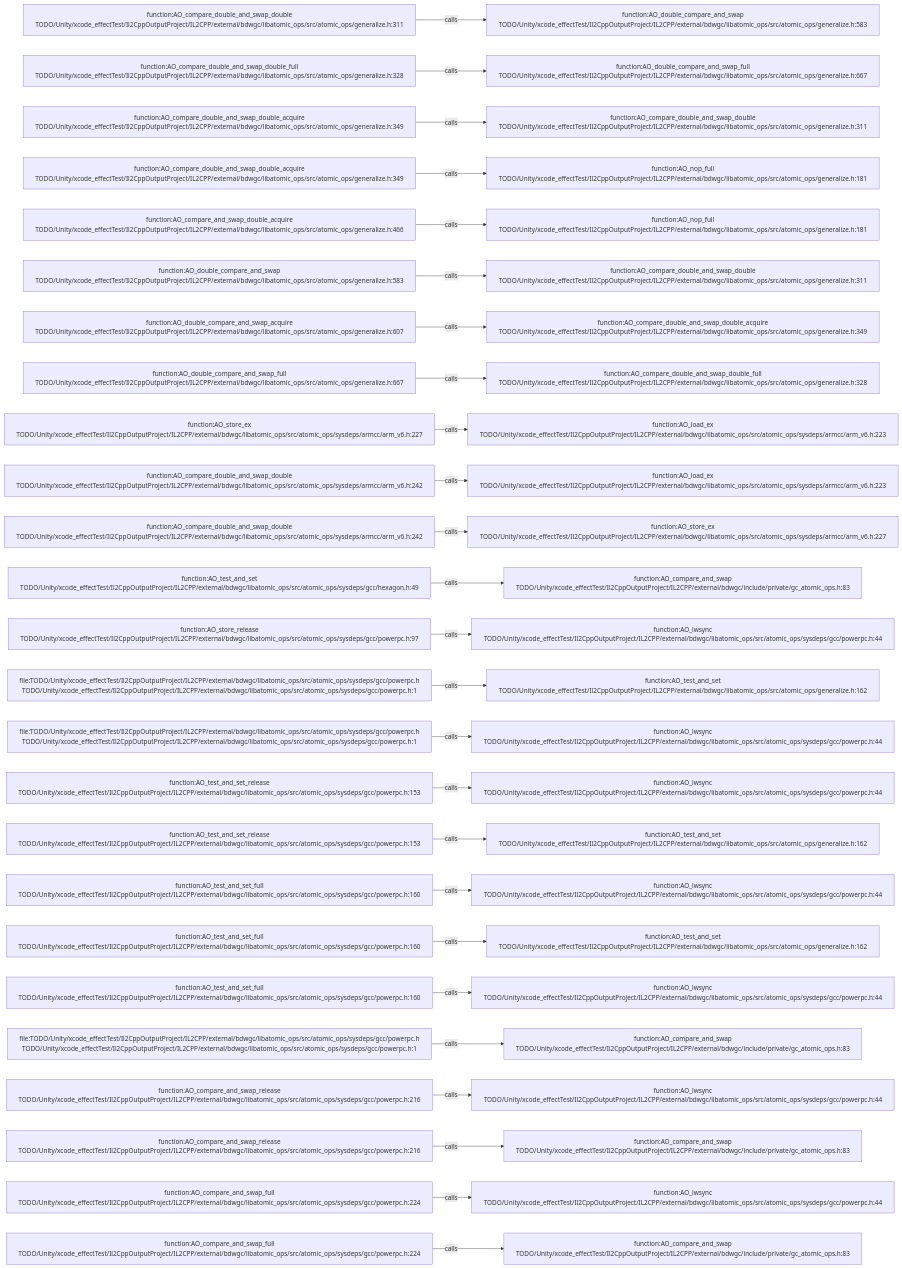
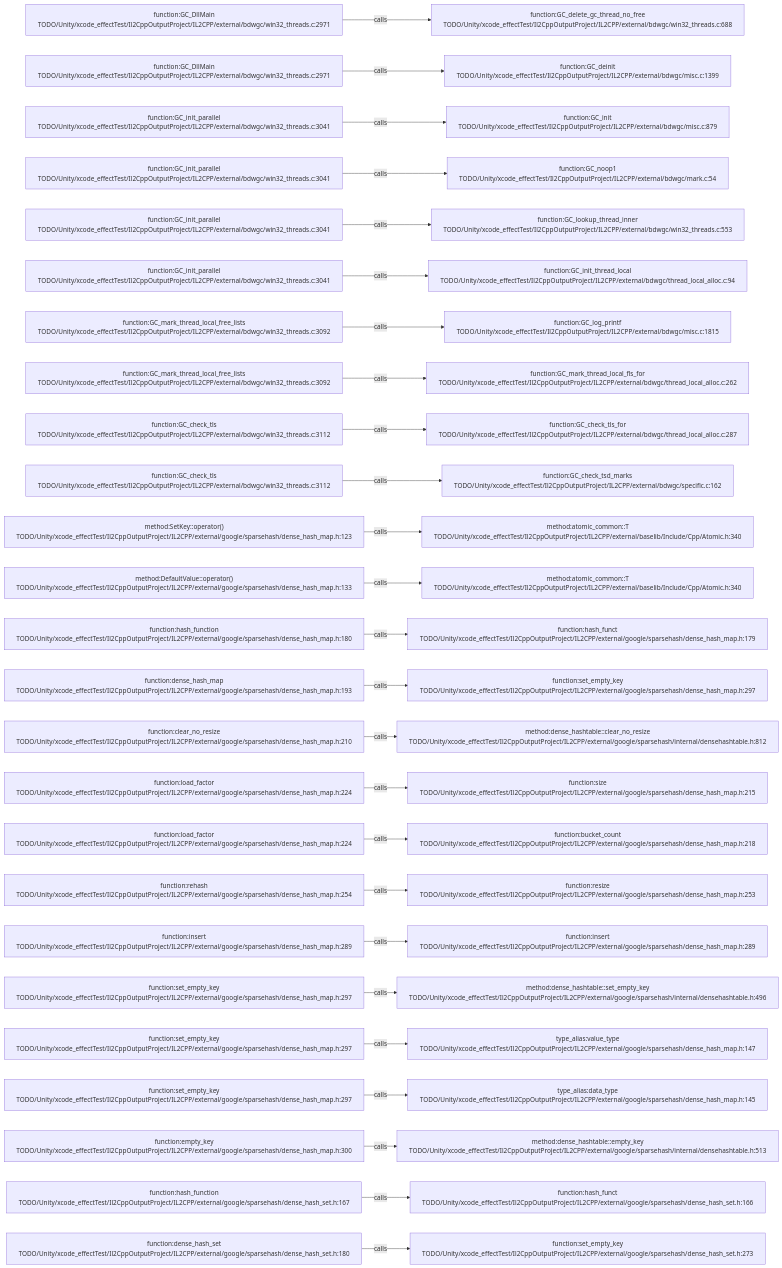
One commit to JobsKits/JobsSwiftBaseConfigDemo changed the diagram in .codegraph/codegraph.md/graphs/calls-190.md. Above: the diagram before and after it, drawn with Mermaid. The commit also changed 227 other files, not shown here.

````diff
--- a/.codegraph/codegraph.md/graphs/calls-190.md
+++ b/.codegraph/codegraph.md/graphs/calls-190.md
@@ -13,78 +13,78 @@
 ```mermaid
 flowchart LR
-  S1["function:AO_compare_double_and_swap_double<br/>TODO/Unity/xcode_effectTest/Il2CppOutputProject/IL2CPP/external/bdwgc/libatomic_ops/src/atomic_ops/generalize.h:311"]
-  T1["function:AO_double_compare_and_swap<br/>TODO/Unity/xcode_effectTest/Il2CppOutputProject/IL2CPP/external/bdwgc/libatomic_ops/src/atomic_ops/generalize.h:583"]
+  S1["function:GC_DllMain<br/>TODO/Unity/xcode_effectTest/Il2CppOutputProject/IL2CPP/external/bdwgc/win32_threads.c:2971"]
+  T1["function:GC_delete_gc_thread_no_free<br/>TODO/Unity/xcode_effectTest/Il2CppOutputProject/IL2CPP/external/bdwgc/win32_threads.c:688"]
   S1 -->|calls| T1
-  S2["function:AO_compare_double_and_swap_double_full<br/>TODO/Unity/xcode_effectTest/Il2CppOutputProject/IL2CPP/external/bdwgc/libatomic_ops/src/atomic_ops/generalize.h:328"]
-  T2["function:AO_double_compare_and_swap_full<br/>TODO/Unity/xcode_effectTest/Il2CppOutputProject/IL2CPP/external/bdwgc/libatomic_ops/src/atomic_ops/generalize.h:667"]
+  S2["function:GC_DllMain<br/>TODO/Unity/xcode_effectTest/Il2CppOutputProject/IL2CPP/external/bdwgc/win32_threads.c:2971"]
+  T2["function:GC_deinit<br/>TODO/Unity/xcode_effectTest/Il2CppOutputProject/IL2CPP/external/bdwgc/misc.c:1399"]
   S2 -->|calls| T2
-  S3["function:AO_compare_double_and_swap_double_acquire<br/>TODO/Unity/xcode_effectTest/Il2CppOutputProject/IL2CPP/external/bdwgc/libatomic_ops/src/atomic_ops/generalize.h:349"]
-  T3["function:AO_compare_double_and_swap_double<br/>TODO/Unity/xcode_effectTest/Il2CppOutputProject/IL2CPP/external/bdwgc/libatomic_ops/src/atomic_ops/generalize.h:311"]
+  S3["function:GC_init_parallel<br/>TODO/Unity/xcode_effectTest/Il2CppOutputProject/IL2CPP/external/bdwgc/win32_threads.c:3041"]
+  T3["function:GC_init<br/>TODO/Unity/xcode_effectTest/Il2CppOutputProject/IL2CPP/external/bdwgc/misc.c:879"]
   S3 -->|calls| T3
-  S4["function:AO_compare_double_and_swap_double_acquire<br/>TODO/Unity/xcode_effectTest/Il2CppOutputProject/IL2CPP/external/bdwgc/libatomic_ops/src/atomic_ops/generalize.h:349"]
-  T4["function:AO_nop_full<br/>TODO/Unity/xcode_effectTest/Il2CppOutputProject/IL2CPP/external/bdwgc/libatomic_ops/src/atomic_ops/generalize.h:181"]
+  S4["function:GC_init_parallel<br/>TODO/Unity/xcode_effectTest/Il2CppOutputProject/IL2CPP/external/bdwgc/win32_threads.c:3041"]
+  T4["function:GC_noop1<br/>TODO/Unity/xcode_effectTest/Il2CppOutputProject/IL2CPP/external/bdwgc/mark.c:54"]
   S4 -->|calls| T4
-  S5["function:AO_compare_and_swap_double_acquire<br/>TODO/Unity/xcode_effectTest/Il2CppOutputProject/IL2CPP/external/bdwgc/libatomic_ops/src/atomic_ops/generalize.h:466"]
-  T5["function:AO_nop_full<br/>TODO/Unity/xcode_effectTest/Il2CppOutputProject/IL2CPP/external/bdwgc/libatomic_ops/src/atomic_ops/generalize.h:181"]
+  S5["function:GC_init_parallel<br/>TODO/Unity/xcode_effectTest/Il2CppOutputProject/IL2CPP/external/bdwgc/win32_threads.c:3041"]
+  T5["function:GC_lookup_thread_inner<br/>TODO/Unity/xcode_effectTest/Il2CppOutputProject/IL2CPP/external/bdwgc/win32_threads.c:553"]
   S5 -->|calls| T5
-  S6["function:AO_double_compare_and_swap<br/>TODO/Unity/xcode_effectTest/Il2CppOutputProject/IL2CPP/external/bdwgc/libatomic_ops/src/atomic_ops/generalize.h:583"]
-  T6["function:AO_compare_double_and_swap_double<br/>TODO/Unity/xcode_effectTest/Il2CppOutputProject/IL2CPP/external/bdwgc/libatomic_ops/src/atomic_ops/generalize.h:311"]
+  S6["function:GC_init_parallel<br/>TODO/Unity/xcode_effectTest/Il2CppOutputProject/IL2CPP/external/bdwgc/win32_threads.c:3041"]
+  T6["function:GC_init_thread_local<br/>TODO/Unity/xcode_effectTest/Il2CppOutputProject/IL2CPP/external/bdwgc/thread_local_alloc.c:94"]
   S6 -->|calls| T6
-  S7["function:AO_double_compare_and_swap_acquire<br/>TODO/Unity/xcode_effectTest/Il2CppOutputProject/IL2CPP/external/bdwgc/libatomic_ops/src/atomic_ops/generalize.h:607"]
-  T7["function:AO_compare_double_and_swap_double_acquire<br/>TODO/Unity/xcode_effectTest/Il2CppOutputProject/IL2CPP/external/bdwgc/libatomic_ops/src/atomic_ops/generalize.h:349"]
+  S7["function:GC_mark_thread_local_free_lists<br/>TODO/Unity/xcode_effectTest/Il2CppOutputProject/IL2CPP/external/bdwgc/win32_threads.c:3092"]
+  T7["function:GC_log_printf<br/>TODO/Unity/xcode_effectTest/Il2CppOutputProject/IL2CPP/external/bdwgc/misc.c:1815"]
   S7 -->|calls| T7
-  S8["function:AO_double_compare_and_swap_full<br/>TODO/Unity/xcode_effectTest/Il2CppOutputProject/IL2CPP/external/bdwgc/libatomic_ops/src/atomic_ops/generalize.h:667"]
-  T8["function:AO_compare_double_and_swap_double_full<br/>TODO/Unity/xcode_effectTest/Il2CppOutputProject/IL2CPP/external/bdwgc/libatomic_ops/src/atomic_ops/generalize.h:328"]
+  S8["function:GC_mark_thread_local_free_lists<br/>TODO/Unity/xcode_effectTest/Il2CppOutputProject/IL2CPP/external/bdwgc/win32_threads.c:3092"]
+  T8["function:GC_mark_thread_local_fls_for<br/>TODO/Unity/xcode_effectTest/Il2CppOutputProject/IL2CPP/external/bdwgc/thread_local_alloc.c:262"]
   S8 -->|calls| T8
-  S9["function:AO_store_ex<br/>TODO/Unity/xcode_effectTest/Il2CppOutputProject/IL2CPP/external/bdwgc/libatomic_ops/src/atomic_ops/sysdeps/armcc/arm_v6.h:227"]
-  T9["function:AO_load_ex<br/>TODO/Unity/xcode_effectTest/Il2CppOutputProject/IL2CPP/external/bdwgc/libatomic_ops/src/atomic_ops/sysdeps/armcc/arm_v6.h:223"]
+  S9["function:GC_check_tls<br/>TODO/Unity/xcode_effectTest/Il2CppOutputProject/IL2CPP/external/bdwgc/win32_threads.c:3112"]
+  T9["function:GC_check_tls_for<br/>TODO/Unity/xcode_effectTest/Il2CppOutputProject/IL2CPP/external/bdwgc/thread_local_alloc.c:287"]
   S9 -->|calls| T9
-  S10["function:AO_compare_double_and_swap_double<br/>TODO/Unity/xcode_effectTest/Il2CppOutputProject/IL2CPP/external/bdwgc/libatomic_ops/src/atomic_ops/sysdeps/armcc/arm_v6.h:242"]
-  T10["function:AO_load_ex<br/>TODO/Unity/xcode_effectTest/Il2CppOutputProject/IL2CPP/external/bdwgc/libatomic_ops/src/atomic_ops/sysdeps/armcc/arm_v6.h:223"]
+  S10["function:GC_check_tls<br/>TODO/Unity/xcode_effectTest/Il2CppOutputProject/IL2CPP/external/bdwgc/win32_threads.c:3112"]
+  T10["function:GC_check_tsd_marks<br/>TODO/Unity/xcode_effectTest/Il2CppOutputProject/IL2CPP/external/bdwgc/specific.c:162"]
   S10 -->|calls| T10
-  S11["function:AO_compare_double_and_swap_double<br/>TODO/Unity/xcode_effectTest/Il2CppOutputProject/IL2CPP/external/bdwgc/libatomic_ops/src/atomic_ops/sysdeps/armcc/arm_v6.h:242"]
-  T11["function:AO_store_ex<br/>TODO/Unity/xcode_effectTest/Il2CppOutputProject/IL2CPP/external/bdwgc/libatomic_ops/src/atomic_ops/sysdeps/armcc/arm_v6.h:227"]
+  S11["method:SetKey::operator()<br/>TODO/Unity/xcode_effectTest/Il2CppOutputProject/IL2CPP/external/google/sparsehash/dense_hash_map.h:123"]
+  T11["method:atomic_common::T<br/>TODO/Unity/xcode_effectTest/Il2CppOutputProject/IL2CPP/external/baselib/Include/Cpp/Atomic.h:340"]
   S11 -->|calls| T11
-  S12["function:AO_test_and_set<br/>TODO/Unity/xcode_effectTest/Il2CppOutputProject/IL2CPP/external/bdwgc/libatomic_ops/src/atomic_ops/sysdeps/gcc/hexagon.h:49"]
-  T12["function:AO_compare_and_swap<br/>TODO/Unity/xcode_effectTest/Il2CppOutputProject/IL2CPP/external/bdwgc/include/private/gc_atomic_ops.h:83"]
+  S12["method:DefaultValue::operator()<br/>TODO/Unity/xcode_effectTest/Il2CppOutputProject/IL2CPP/external/google/sparsehash/dense_hash_map.h:133"]
+  T12["method:atomic_common::T<br/>TODO/Unity/xcode_effectTest/Il2CppOutputProject/IL2CPP/external/baselib/Include/Cpp/Atomic.h:340"]
   S12 -->|calls| T12
-  S13["function:AO_store_release<br/>TODO/Unity/xcode_effectTest/Il2CppOutputProject/IL2CPP/external/bdwgc/libatomic_ops/src/atomic_ops/sysdeps/gcc/powerpc.h:97"]
-  T13["function:AO_lwsync<br/>TODO/Unity/xcode_effectTest/Il2CppOutputProject/IL2CPP/external/bdwgc/libatomic_ops/src/atomic_ops/sysdeps/gcc/powerpc.h:44"]
+  S13["function:hash_function<br/>TODO/Unity/xcode_effectTest/Il2CppOutputProject/IL2CPP/external/google/sparsehash/dense_hash_map.h:180"]
+  T13["function:hash_funct<br/>TODO/Unity/xcode_effectTest/Il2CppOutputProject/IL2CPP/external/google/sparsehash/dense_hash_map.h:179"]
   S13 -->|calls| T13
-  S14["file:TODO/Unity/xcode_effectTest/Il2CppOutputProject/IL2CPP/external/bdwgc/libatomic_ops/src/atomic_ops/sysdeps/gcc/powerpc.h<br/>TODO/Unity/xcode_effectTest/Il2CppOutputProject/IL2CPP/external/bdwgc/libatomic_ops/src/atomic_ops/sysdeps/gcc/powerpc.h:1"]
-  T14["function:AO_test_and_set<br/>TODO/Unity/xcode_effectTest/Il2CppOutputProject/IL2CPP/external/bdwgc/libatomic_ops/src/atomic_ops/generalize.h:162"]
+  S14["function:dense_hash_map<br/>TODO/Unity/xcode_effectTest/Il2CppOutputProject/IL2CPP/external/google/sparsehash/dense_hash_map.h:193"]
+  T14["function:set_empty_key<br/>TODO/Unity/xcode_effectTest/Il2CppOutputProject/IL2CPP/external/google/sparsehash/dense_hash_map.h:297"]
   S14 -->|calls| T14
-  S15["file:TODO/Unity/xcode_effectTest/Il2CppOutputProject/IL2CPP/external/bdwgc/libatomic_ops/src/atomic_ops/sysdeps/gcc/powerpc.h<br/>TODO/Unity/xcode_effectTest/Il2CppOutputProject/IL2CPP/external/bdwgc/libatomic_ops/src/atomic_ops/sysdeps/gcc/powerpc.h:1"]
-  T15["function:AO_lwsync<br/>TODO/Unity/xcode_effectTest/Il2CppOutputProject/IL2CPP/external/bdwgc/libatomic_ops/src/atomic_ops/sysdeps/gcc/powerpc.h:44"]
+  S15["function:clear_no_resize<br/>TODO/Unity/xcode_effectTest/Il2CppOutputProject/IL2CPP/external/google/sparsehash/dense_hash_map.h:210"]
+  T15["method:dense_hashtable::clear_no_resize<br/>TODO/Unity/xcode_effectTest/Il2CppOutputProject/IL2CPP/external/google/sparsehash/internal/densehashtable.h:812"]
   S15 -->|calls| T15
-  S16["function:AO_test_and_set_release<br/>TODO/Unity/xcode_effectTest/Il2CppOutputProject/IL2CPP/external/bdwgc/libatomic_ops/src/atomic_ops/sysdeps/gcc/powerpc.h:153"]
-  T16["function:AO_lwsync<br/>TODO/Unity/xcode_effectTest/Il2CppOutputProject/IL2CPP/external/bdwgc/libatomic_ops/src/atomic_ops/sysdeps/gcc/powerpc.h:44"]
+  S16["function:load_factor<br/>TODO/Unity/xcode_effectTest/Il2CppOutputProject/IL2CPP/external/google/sparsehash/dense_hash_map.h:224"]
+  T16["function:size<br/>TODO/Unity/xcode_effectTest/Il2CppOutputProject/IL2CPP/external/google/sparsehash/dense_hash_map.h:215"]
   S16 -->|calls| T16
-  S17["function:AO_test_and_set_release<br/>TODO/Unity/xcode_effectTest/Il2CppOutputProject/IL2CPP/external/bdwgc/libatomic_ops/src/atomic_ops/sysdeps/gcc/powerpc.h:153"]
-  T17["function:AO_test_and_set<br/>TODO/Unity/xcode_effectTest/Il2CppOutputProject/IL2CPP/external/bdwgc/libatomic_ops/src/atomic_ops/generalize.h:162"]
+  S17["function:load_factor<br/>TODO/Unity/xcode_effectTest/Il2CppOutputProject/IL2CPP/external/google/sparsehash/dense_hash_map.h:224"]
+  T17["function:bucket_count<br/>TODO/Unity/xcode_effectTest/Il2CppOutputProject/IL2CPP/external/google/sparsehash/dense_hash_map.h:218"]
   S17 -->|calls| T17
-  S18["function:AO_test_and_set_full<br/>TODO/Unity/xcode_effectTest/Il2CppOutputProject/IL2CPP/external/bdwgc/libatomic_ops/src/atomic_ops/sysdeps/gcc/powerpc.h:160"]
-  T18["function:AO_lwsync<br/>TODO/Unity/xcode_effectTest/Il2CppOutputProject/IL2CPP/external/bdwgc/libatomic_ops/src/atomic_ops/sysdeps/gcc/powerpc.h:44"]
+  S18["function:rehash<br/>TODO/Unity/xcode_effectTest/Il2CppOutputProject/IL2CPP/external/google/sparsehash/dense_hash_map.h:254"]
+  T18["function:resize<br/>TODO/Unity/xcode_effectTest/Il2CppOutputProject/IL2CPP/external/google/sparsehash/dense_hash_map.h:253"]
   S18 -->|calls| T18
-  S19["function:AO_test_and_set_full<br/>TODO/Unity/xcode_effectTest/Il2CppOutputProject/IL2CPP/external/bdwgc/libatomic_ops/src/atomic_ops/sysdeps/gcc/powerpc.h:160"]
-  T19["function:AO_test_and_set<br/>TODO/Unity/xcode_effectTest/Il2CppOutputProject/IL2CPP/external/bdwgc/libatomic_ops/src/atomic_ops/generalize.h:162"]
+  S19["function:insert<br/>TODO/Unity/xcode_effectTest/Il2CppOutputProject/IL2CPP/external/google/sparsehash/dense_hash_map.h:289"]
+  T19["function:insert<br/>TODO/Unity/xcode_effectTest/Il2CppOutputProject/IL2CPP/external/google/sparsehash/dense_hash_map.h:289"]
   S19 -->|calls| T19
-  S20["function:AO_test_and_set_full<br/>TODO/Unity/xcode_effectTest/Il2CppOutputProject/IL2CPP/external/bdwgc/libatomic_ops/src/atomic_ops/sysdeps/gcc/powerpc.h:160"]
-  T20["function:AO_lwsync<br/>TODO/Unity/xcode_effectTest/Il2CppOutputProject/IL2CPP/external/bdwgc/libatomic_ops/src/atomic_ops/sysdeps/gcc/powerpc.h:44"]
+  S20["function:set_empty_key<br/>TODO/Unity/xcode_effectTest/Il2CppOutputProject/IL2CPP/external/google/sparsehash/dense_hash_map.h:297"]
+  T20["method:dense_hashtable::set_empty_key<br/>TODO/Unity/xcode_effectTest/Il2CppOutputProject/IL2CPP/external/google/sparsehash/internal/densehashtable.h:496"]
   S20 -->|calls| T20
-  S21["file:TODO/Unity/xcode_effectTest/Il2CppOutputProject/IL2CPP/external/bdwgc/libatomic_ops/src/atomic_ops/sysdeps/gcc/powerpc.h<br/>TODO/Unity/xcode_effectTest/Il2CppOutputProject/IL2CPP/external/bdwgc/libatomic_ops/src/atomic_ops/sysdeps/gcc/powerpc.h:1"]
-  T21["function:AO_compare_and_swap<br/>TODO/Unity/xcode_effectTest/Il2CppOutputProject/IL2CPP/external/bdwgc/include/private/gc_atomic_ops.h:83"]
+  S21["function:set_empty_key<br/>TODO/Unity/xcode_effectTest/Il2CppOutputProject/IL2CPP/external/google/sparsehash/dense_hash_map.h:297"]
+  T21["type_alias:value_type<br/>TODO/Unity/xcode_effectTest/Il2CppOutputProject/IL2CPP/external/google/sparsehash/dense_hash_map.h:147"]
   S21 -->|calls| T21
-  S22["function:AO_compare_and_swap_release<br/>TODO/Unity/xcode_effectTest/Il2CppOutputProject/IL2CPP/external/bdwgc/libatomic_ops/src/atomic_ops/sysdeps/gcc/powerpc.h:216"]
-  T22["function:AO_lwsync<br/>TODO/Unity/xcode_effectTest/Il2CppOutputProject/IL2CPP/external/bdwgc/libatomic_ops/src/atomic_ops/sysdeps/gcc/powerpc.h:44"]
+  S22["function:set_empty_key<br/>TODO/Unity/xcode_effectTest/Il2CppOutputProject/IL2CPP/external/google/sparsehash/dense_hash_map.h:297"]
+  T22["type_alias:data_type<br/>TODO/Unity/xcode_effectTest/Il2CppOutputProject/IL2CPP/external/google/sparsehash/dense_hash_map.h:145"]
   S22 -->|calls| T22
-  S23["function:AO_compare_and_swap_release<br/>TODO/Unity/xcode_effectTest/Il2CppOutputProject/IL2CPP/external/bdwgc/libatomic_ops/src/atomic_ops/sysdeps/gcc/powerpc.h:216"]
-  T23["function:AO_compare_and_swap<br/>TODO/Unity/xcode_effectTest/Il2CppOutputProject/IL2CPP/external/bdwgc/include/private/gc_atomic_ops.h:83"]
+  S23["function:empty_key<br/>TODO/Unity/xcode_effectTest/Il2CppOutputProject/IL2CPP/external/google/sparsehash/dense_hash_map.h:300"]
+  T23["method:dense_hashtable::empty_key<br/>TODO/Unity/xcode_effectTest/Il2CppOutputProject/IL2CPP/external/google/sparsehash/internal/densehashtable.h:513"]
   S23 -->|calls| T23
-  S24["function:AO_compare_and_swap_full<br/>TODO/Unity/xcode_effectTest/Il2CppOutputProject/IL2CPP/external/bdwgc/libatomic_ops/src/atomic_ops/sysdeps/gcc/powerpc.h:224"]
-  T24["function:AO_lwsync<br/>TODO/Unity/xcode_effectTest/Il2CppOutputProject/IL2CPP/external/bdwgc/libatomic_ops/src/atomic_ops/sysdeps/gcc/powerpc.h:44"]
+  S24["function:hash_function<br/>TODO/Unity/xcode_effectTest/Il2CppOutputProject/IL2CPP/external/google/sparsehash/dense_hash_set.h:167"]
+  T24["function:hash_funct<br/>TODO/Unity/xcode_effectTest/Il2CppOutputProject/IL2CPP/external/google/sparsehash/dense_hash_set.h:166"]
   S24 -->|calls| T24
-  S25["function:AO_compare_and_swap_full<br/>TODO/Unity/xcode_effectTest/Il2CppOutputProject/IL2CPP/external/bdwgc/libatomic_ops/src/atomic_ops/sysdeps/gcc/powerpc.h:224"]
-  T25["function:AO_compare_and_swap<br/>TODO/Unity/xcode_effectTest/Il2CppOutputProject/IL2CPP/external/bdwgc/include/private/gc_atomic_ops.h:83"]
+  S25["function:dense_hash_set<br/>TODO/Unity/xcode_effectTest/Il2CppOutputProject/IL2CPP/external/google/sparsehash/dense_hash_set.h:180"]
+  T25["function:set_empty_key<br/>TODO/Unity/xcode_effectTest/Il2CppOutputProject/IL2CPP/external/google/sparsehash/dense_hash_set.h:273"]
   S25 -->|calls| T25
 ```
````
